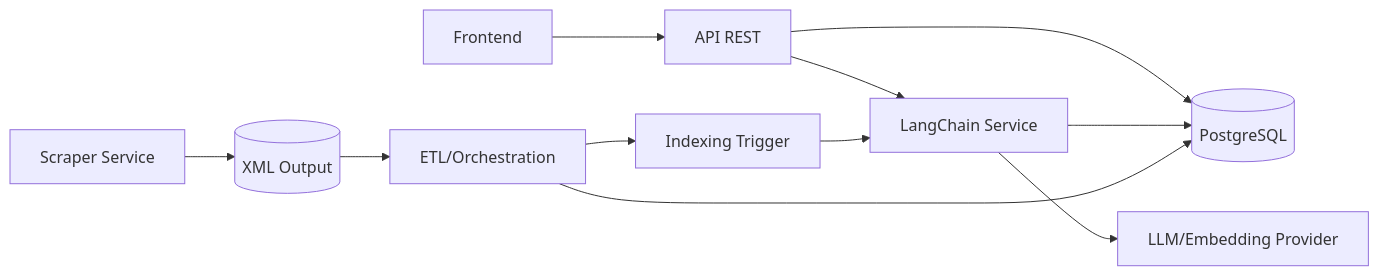
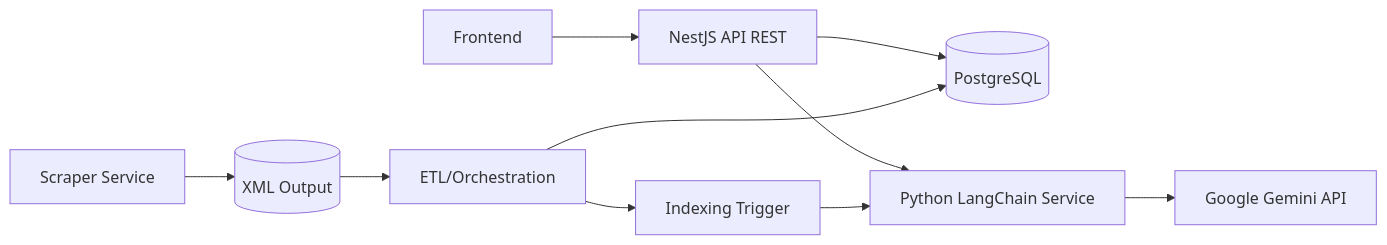
Before and after one commit to VerttB/oda: the first of 2 diagrams in docs/backend-spec.md, drawn with Mermaid. The commit also changed other lines of this file and 32 other files, not shown here.

````diff
--- a/docs/backend-spec.md
+++ b/docs/backend-spec.md
@@ -141,13 +141,12 @@
 ```mermaid
 flowchart LR
-  FE[Frontend] --> API[API REST]
+  FE[Frontend] --> API[NestJS API REST]
   API --> DB[(PostgreSQL)]
-  API --> LC[LangChain Service]
-  LC --> DB
-  LC --> LLM[LLM/Embedding Provider]
+  API --> LC[Python LangChain Service]
+  LC --> GEMINI[Google Gemini API]
   SCRAPER[Scraper Service] --> XML[(XML Output)]
   ETL[ETL/Orchestration] --> DB
   XML --> ETL
   ETL --> IDX[Indexing Trigger]
   IDX --> LC
 ```
````
